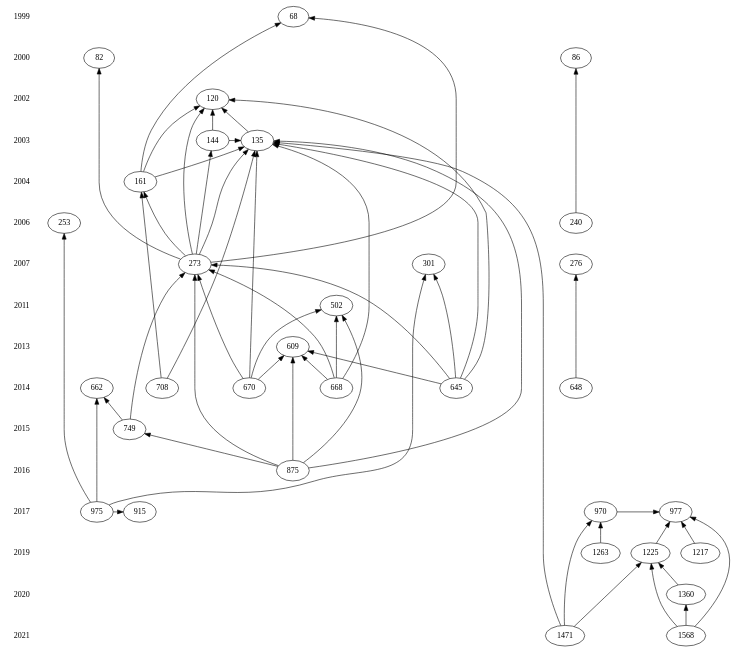
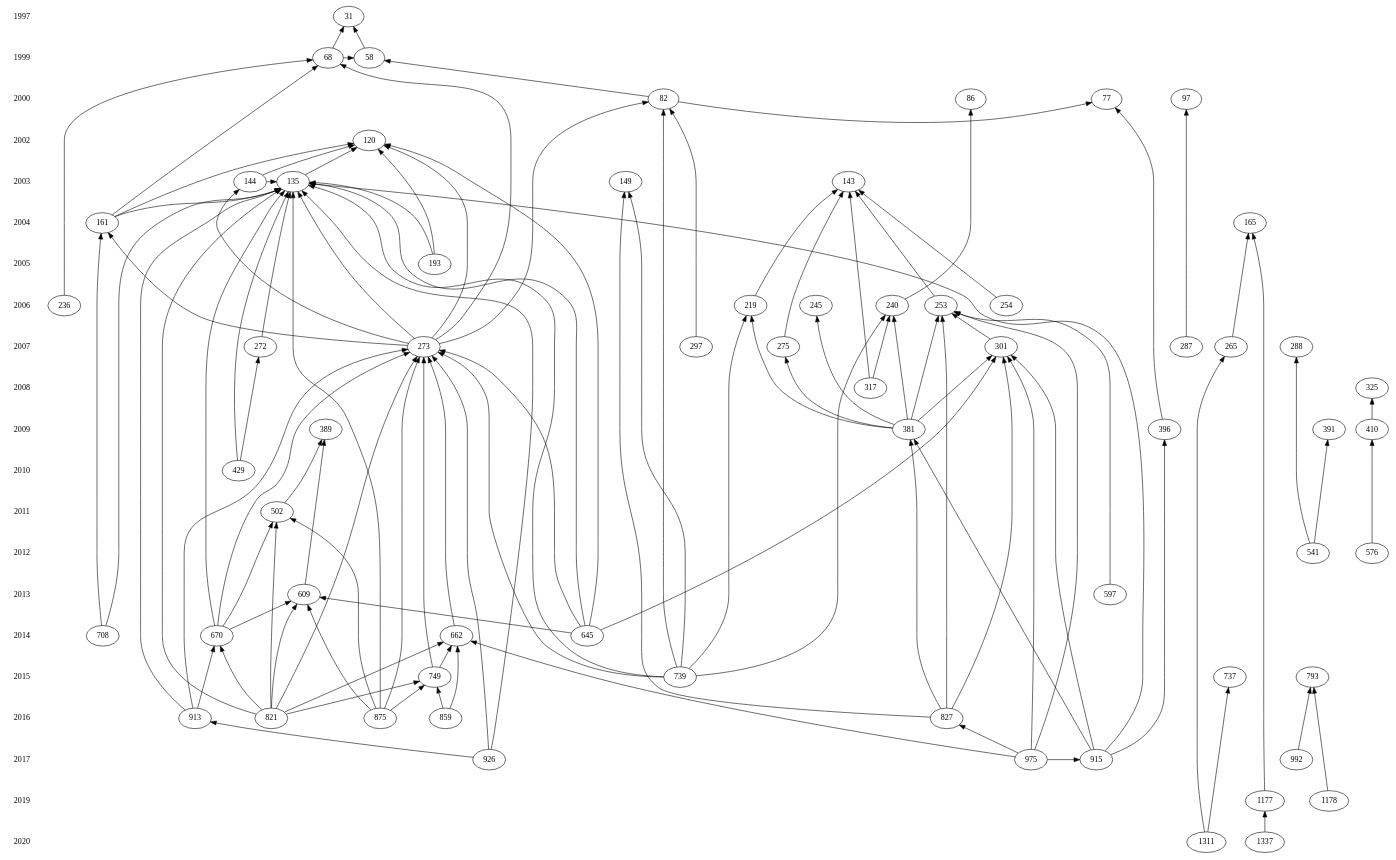
The diagram in examples/graph.dot (doublessay/histcite-python), drawn with Graphviz before and after one commit. The commit also changed 22 other files, not shown here.

```diff
--- a/examples/graph.dot
+++ b/examples/graph.dot
@@ -1,70 +1,113 @@
 digraph metadata{
 	rankdir = BT;
-	{rank=same; 1999 68};
-	{rank=same; 2000 82 86};
+	{rank=same; 1997 31};
+	{rank=same; 1999 58 68};
+	{rank=same; 2000 77 82 86 97};
 	{rank=same; 2002 120};
-	{rank=same; 2003 135 144};
-	{rank=same; 2004 161};
-	{rank=same; 2006 240 253};
-	{rank=same; 2007 273 276 301};
+	{rank=same; 2003 135 143 144 149};
+	{rank=same; 2004 161 165};
+	{rank=same; 2005 193};
+	{rank=same; 2006 219 236 240 245 253 254};
+	{rank=same; 2007 265 272 273 275 287 288 297 301};
+	{rank=same; 2008 317 325};
+	{rank=same; 2009 381 389 391 396 410};
+	{rank=same; 2010 429};
 	{rank=same; 2011 502};
-	{rank=same; 2013 609};
-	{rank=same; 2014 645 648 662 668 670 708};
-	{rank=same; 2015 749};
-	{rank=same; 2016 875};
-	{rank=same; 2017 915 970 975 977};
-	{rank=same; 2019 1217 1225 1263};
-	{rank=same; 2020 1360};
-	{rank=same; 2021 1471 1568};
+	{rank=same; 2012 541 576};
+	{rank=same; 2013 597 609};
+	{rank=same; 2014 645 662 670 708};
+	{rank=same; 2015 737 739 749 793};
+	{rank=same; 2016 821 827 859 875 913};
+	{rank=same; 2017 915 926 975 992};
+	{rank=same; 2019 1177 1178};
+	{rank=same; 2020 1311 1337};
+	1997 [ shape="plaintext" ];
 	1999 [ shape="plaintext" ];
 	2000 [ shape="plaintext" ];
 	2002 [ shape="plaintext" ];
 	2003 [ shape="plaintext" ];
 	2004 [ shape="plaintext" ];
+	2005 [ shape="plaintext" ];
 	2006 [ shape="plaintext" ];
 	2007 [ shape="plaintext" ];
+	2008 [ shape="plaintext" ];
+	2009 [ shape="plaintext" ];
+	2010 [ shape="plaintext" ];
 	2011 [ shape="plaintext" ];
+	2012 [ shape="plaintext" ];
 	2013 [ shape="plaintext" ];
 	2014 [ shape="plaintext" ];
 	2015 [ shape="plaintext" ];
 	2016 [ shape="plaintext" ];
 	2017 [ shape="plaintext" ];
 	2019 [ shape="plaintext" ];
 	2020 [ shape="plaintext" ];
-	2021 [ shape="plaintext" ];
-	2021 -> 2020 [ style = invis ];
 	2020 -> 2019 [ style = invis ];
 	2019 -> 2017 [ style = invis ];
 	2017 -> 2016 [ style = invis ];
 	2016 -> 2015 [ style = invis ];
 	2015 -> 2014 [ style = invis ];
 	2014 -> 2013 [ style = invis ];
-	2013 -> 2011 [ style = invis ];
-	2011 -> 2007 [ style = invis ];
+	2013 -> 2012 [ style = invis ];
+	2012 -> 2011 [ style = invis ];
+	2011 -> 2010 [ style = invis ];
+	2010 -> 2009 [ style = invis ];
+	2009 -> 2008 [ style = invis ];
+	2008 -> 2007 [ style = invis ];
 	2007 -> 2006 [ style = invis ];
-	2006 -> 2004 [ style = invis ];
+	2006 -> 2005 [ style = invis ];
+	2005 -> 2004 [ style = invis ];
 	2004 -> 2003 [ style = invis ];
 	2003 -> 2002 [ style = invis ];
 	2002 -> 2000 [ style = invis ];
 	2000 -> 1999 [ style = invis ];
+	1999 -> 1997 [ style = invis ];
+	58 -> { 31 };
+	68 -> { 31 58 };
+	82 -> { 77 58 };
 	135 -> { 120 };
 	144 -> { 120 135 };
-	161 -> { 68 135 120 };
+	161 -> { 135 120 68 };
+	193 -> { 120 135 };
+	219 -> { 143 };
+	236 -> { 68 };
 	240 -> { 86 };
+	253 -> { 143 };
+	254 -> { 143 };
+	265 -> { 165 };
+	272 -> { 135 };
 	273 -> { 135 144 120 82 68 161 };
-	645 -> { 609 135 273 120 301 };
-	648 -> { 276 };
-	668 -> { 135 502 609 273 };
-	670 -> { 135 273 502 609 };
+	275 -> { 143 };
+	287 -> { 97 };
+	297 -> { 82 };
+	301 -> { 253 };
+	317 -> { 143 240 };
+	381 -> { 301 253 219 275 245 240 };
+	396 -> { 77 };
+	410 -> { 325 };
+	429 -> { 135 272 };
+	502 -> { 389 };
+	541 -> { 288 391 };
+	576 -> { 410 };
+	597 -> { 253 };
+	609 -> { 389 };
+	645 -> { 135 273 120 609 301 };
+	662 -> { 273 };
+	670 -> { 135 502 273 609 };
 	708 -> { 161 135 };
+	739 -> { 149 135 273 240 82 219 };
 	749 -> { 662 273 };
+	821 -> { 502 749 609 273 662 670 135 };
+	827 -> { 149 381 301 253 };
+	859 -> { 749 662 };
 	875 -> { 609 273 135 502 749 };
-	970 -> { 977 };
-	975 -> { 662 253 915 301 };
-	1217 -> { 977 };
-	1225 -> { 977 };
-	1263 -> { 970 };
-	1360 -> { 1225 };
-	1471 -> { 1225 970 135 };
-	1568 -> { 1360 1225 977 };
+	913 -> { 273 670 135 };
+	915 -> { 396 135 381 301 };
+	926 -> { 273 913 135 };
+	975 -> { 662 253 915 827 301 };
+	992 -> { 793 };
+	1177 -> { 165 };
+	1178 -> { 793 };
+	1311 -> { 737 265 };
+	1337 -> { 1177 };
 }
```
